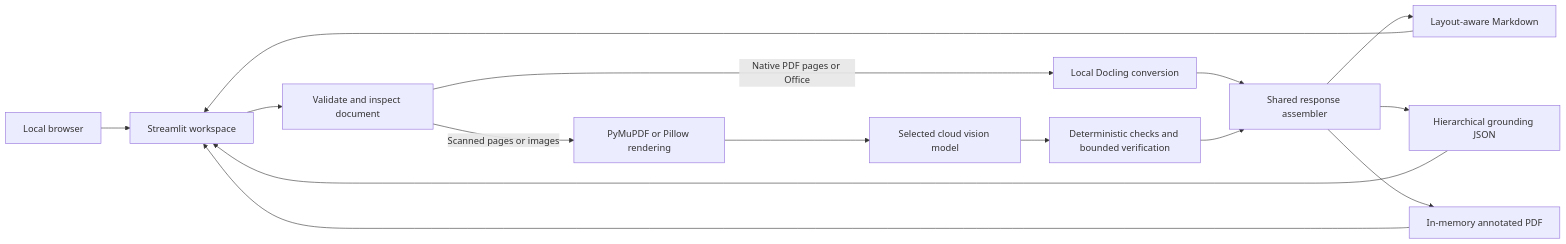
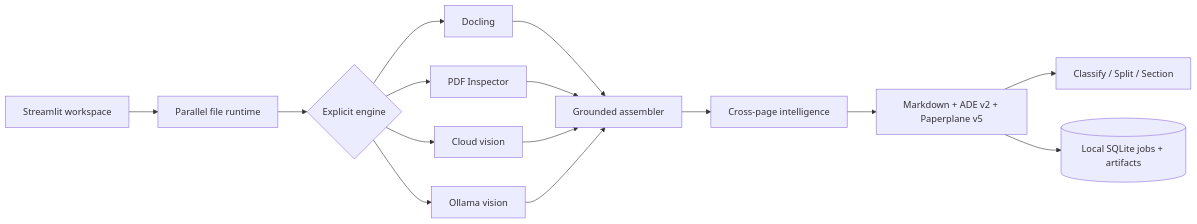
One commit to pypi-ahmad/Agentic-Document-Extraction changed the diagram in README.md. Above: the diagram before and after it, drawn with Mermaid. The commit also changed other lines of this file and 33 other files, not shown here.

Commit message:
docs: rewrite guidance for the Paperplane 5 workspace

````diff
--- a/README.md
+++ b/README.md
@@ -224,17 +178,17 @@
 ```mermaid
 flowchart LR
-    User[Local browser] --> UI[Streamlit workspace]
-    UI --> Inspect[Validate and inspect document]
-    Inspect -->|Native PDF pages or Office| Docling[Local Docling conversion]
-    Inspect -->|Scanned pages or images| Render[PyMuPDF or Pillow rendering]
-    Render --> Model[Selected cloud vision model]
-    Model --> Verify[Deterministic checks and bounded verification]
-    Docling --> Assemble[Shared response assembler]
-    Verify --> Assemble
-    Assemble --> Markdown[Layout-aware Markdown]
-    Assemble --> JSON[Hierarchical grounding JSON]
-    Assemble --> Evidence[In-memory annotated PDF]
-    Markdown --> UI
-    JSON --> UI
-    Evidence --> UI
+    UI[Streamlit workspace] --> Batch[Parallel file runtime]
+    Batch --> E{Explicit engine}
+    E --> D[Docling]
+    E --> P[PDF Inspector]
+    E --> C[Cloud vision]
+    E --> O[Ollama vision]
+    D --> A[Grounded assembler]
+    P --> A
+    C --> A
+    O --> A
+    A --> I[Cross-page intelligence]
+    I --> X[Markdown + ADE v2 + Paperplane v5]
+    X --> W[Classify / Split / Section]
+    X --> J[(Local SQLite jobs + artifacts)]
 ```
````
